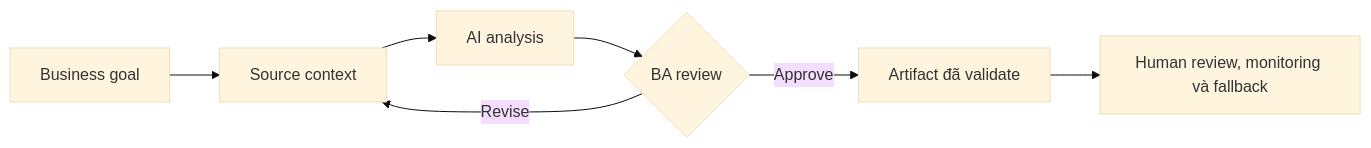
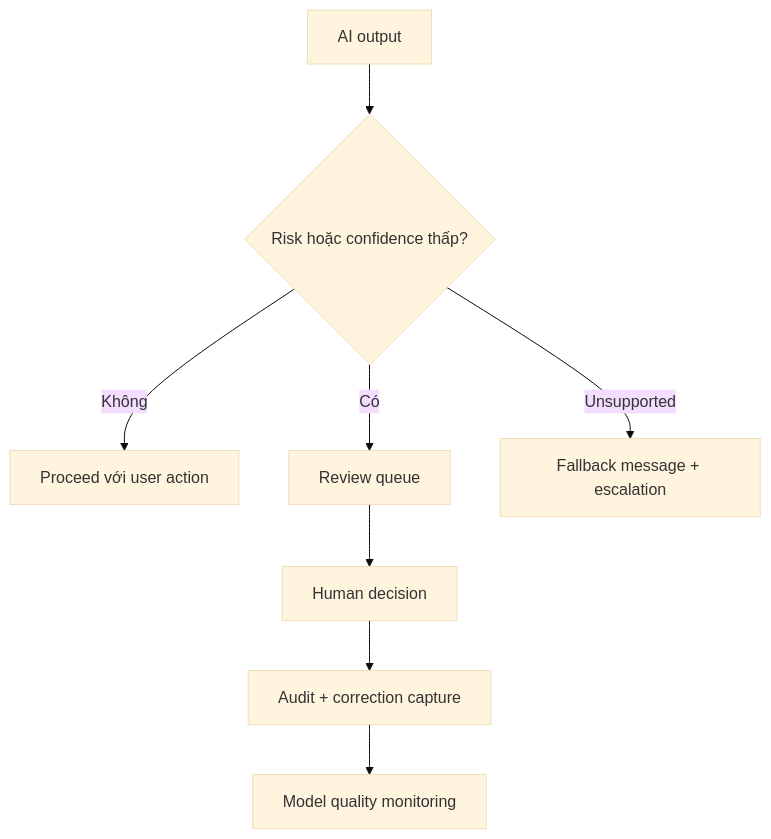
One commit to anhtnt90dev/ai-for-ba changed the diagram in docs/vi/lessons/human-in-the-loop-monitoring-and-fallback/index.md. Above: the diagram before and after it, drawn with Mermaid (base theme). The commit also changed other lines of this file and 64 other files, not shown here.

````diff
--- a/docs/vi/lessons/human-in-the-loop-monitoring-and-fallback/index.md
+++ b/docs/vi/lessons/human-in-the-loop-monitoring-and-fallback/index.md
@@ -39,9 +38,10 @@
 ```mermaid
-flowchart LR
-    A["Business goal"] --> B["Source context"]
-    B --> C["AI analysis"]
-    C --> D{"BA review"}
-    D -->|"Revise"| B
-    D -->|"Approve"| E["Artifact đã validate"]
-    E --> F["Human review, monitoring và fallback"]
+flowchart TD
+    A["AI output"] --> B{"Risk hoặc confidence thấp?"}
+    B -->|Không| C["Proceed với user action"]
+    B -->|Có| D["Review queue"]
+    D --> E["Human decision"]
+    E --> F["Audit + correction capture"]
+    F --> G["Model quality monitoring"]
+    B -->|Unsupported| H["Fallback message + escalation"]
 ```
````
